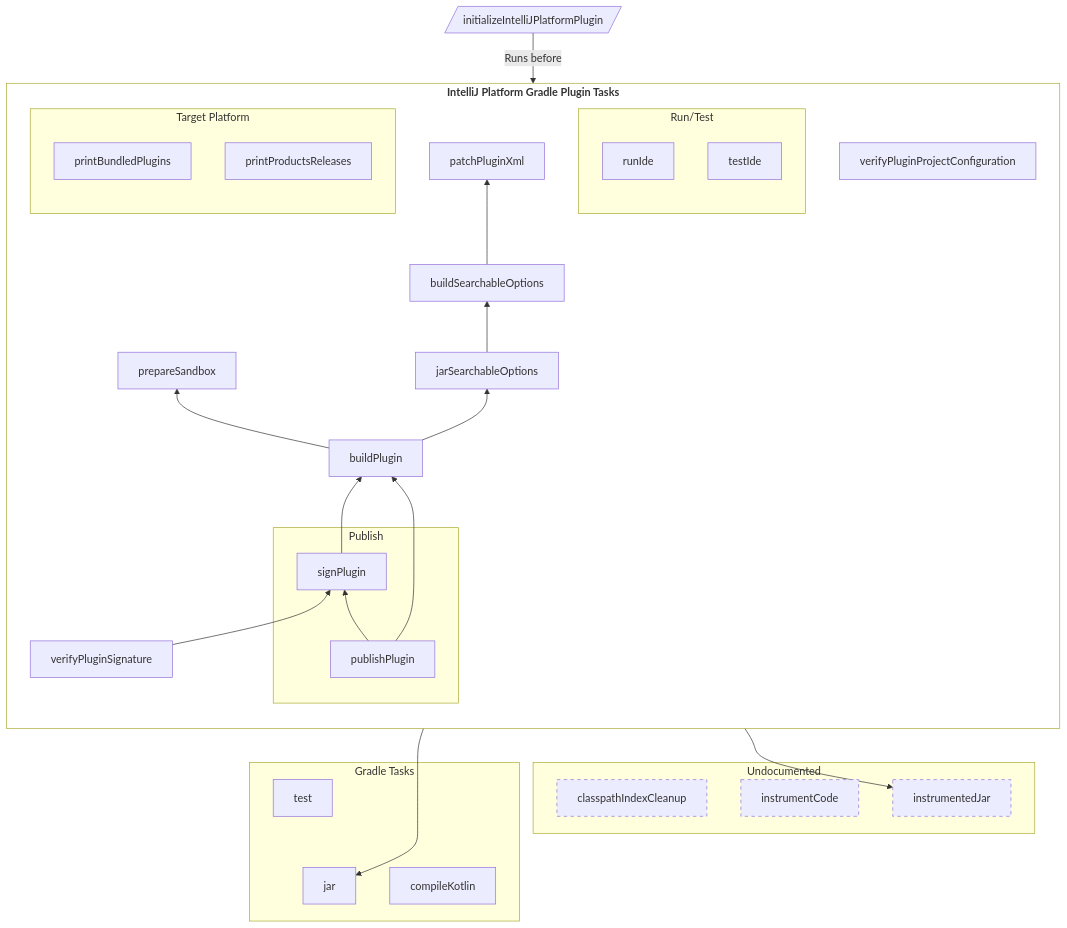
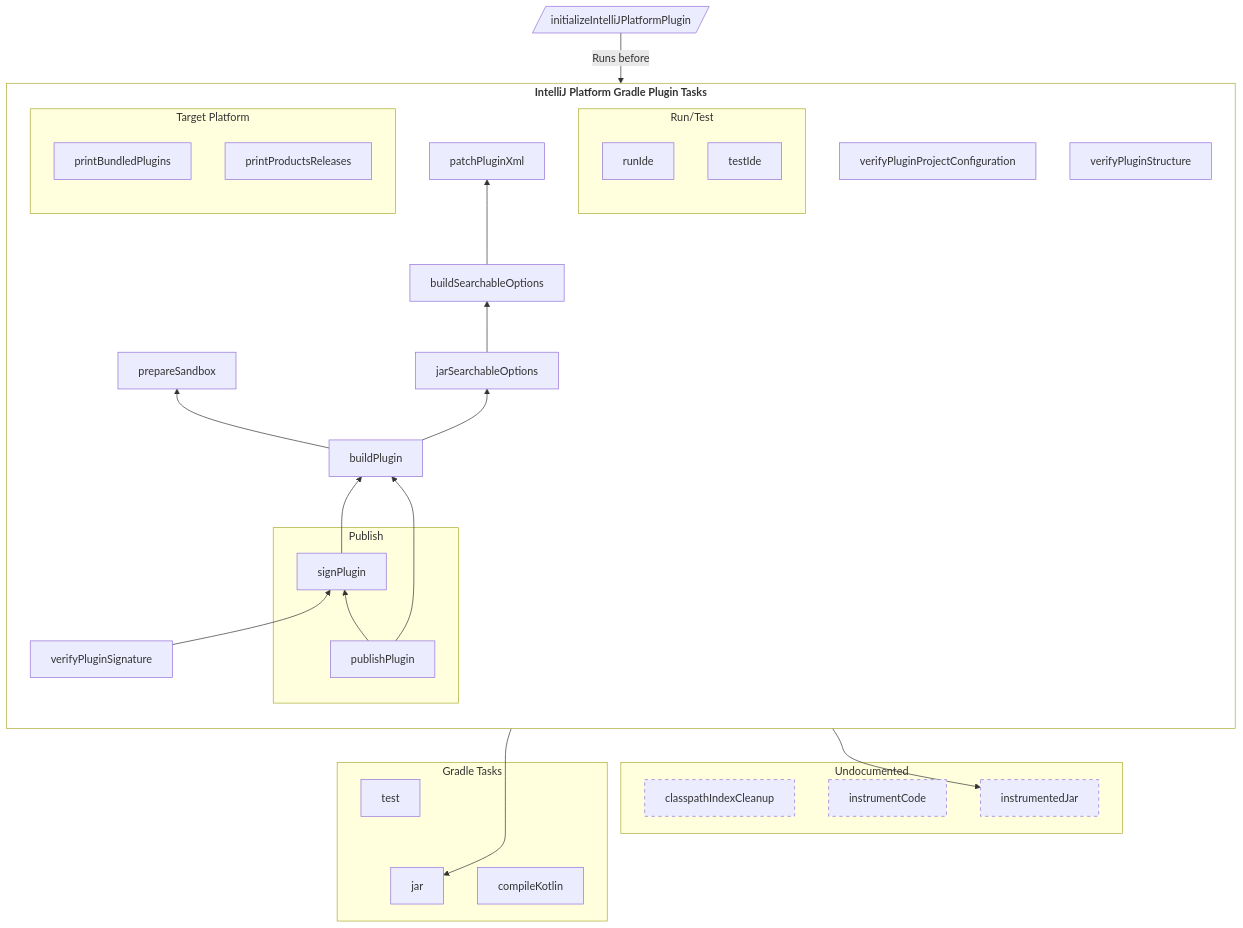
Before and after one commit to JetBrains/intellij-sdk-docs: the diagram in topics/appendix/tools/intellij_platform_gradle_plugin/tools_intellij_platform_gradle_plugin_tasks.md, drawn with Mermaid. The commit also changed other lines of this file, not shown here.

Commit message:
IntelliJ Platform Gradle Plugin: `verifyPluginStructure` task

````diff
--- a/topics/appendix/tools/intellij_platform_gradle_plugin/tools_intellij_platform_gradle_plugin_tasks.md
+++ b/topics/appendix/tools/intellij_platform_gradle_plugin/tools_intellij_platform_gradle_plugin_tasks.md
@@ -15,80 +15,82 @@
 ```mermaid
 flowchart
 
     subgraph TASKS ["`**IntelliJ Platform Gradle Plugin Tasks**`"]
         direction BT
 
         buildPlugin
         buildSearchableOptions
         jarSearchableOptions
         patchPluginXml
         prepareSandbox
         verifyPluginProjectConfiguration
+        verifyPluginStructure
 
         subgraph PUBLISH ["Publish"]
             publishPlugin
             signPlugin
         end
 
         subgraph RUN ["Run/Test"]
             runIde
             testIde
         end
         verifyPluginSignature
 
         subgraph PLATFORM ["Target Platform"]
             printBundledPlugins
             printProductsReleases
         end
         verifyPluginSignature --> signPlugin
     end
 
     initializeIntelliJPlatformPlugin[/initializeIntelliJPlatformPlugin/] --> |Runs before| TASKS
 
     subgraph Undocumented
         classpathIndexCleanup
         instrumentCode
         instrumentedJar
     end
 
     subgraph GRADLE ["Gradle Tasks"]
         test
         jar
         compileKotlin
     end
 
     buildPlugin --> jarSearchableOptions & prepareSandbox
     buildSearchableOptions --> patchPluginXml
     jarSearchableOptions --> buildSearchableOptions
     prepareSandbox --> jar & instrumentedJar
     publishPlugin --> buildPlugin & signPlugin
     signPlugin --> buildPlugin
 
     test ~~~ jar
     buildSearchableOptions ~~~ instrumentedJar
     TASKS ~~~ GRADLE
 
     click buildPlugin "#buildPlugin"
     click buildSearchableOptions "#buildSearchableOptions"
     click classpathIndexCleanup "#classpathIndexCleanup"
     click initializeIntelliJPlatformPlugin "#initializeIntelliJPlatformPlugin"
     click instrumentCode "#instrumentCode"
     click instrumentedJar "#instrumentedJar"
     click jarSearchableOptions "#jarSearchableOptions"
     click patchPluginXml "#patchPluginXml"
     click prepareSandbox "#prepareSandbox"
     click printBundledPlugins "#printBundledPlugins"
     click printProductsReleases "#printProductsReleases"
     click publishPlugin "#publishPlugin"
     click runIde "#runIde"
     click signPlugin "#signPlugin"
     click testIde "#testIde"
     click verifyPluginProjectConfiguration "#verifyPluginProjectConfiguration"
     click verifyPluginSignature "#verifyPluginSignature"
+    click verifyPluginStructure "#verifyPluginStructure"
 
     style classpathIndexCleanup stroke-dasharray: 5 5
     style instrumentCode stroke-dasharray: 5 5
     style instrumentedJar stroke-dasharray: 5 5
 
     style TASKS fill:transparent
 ```
````
